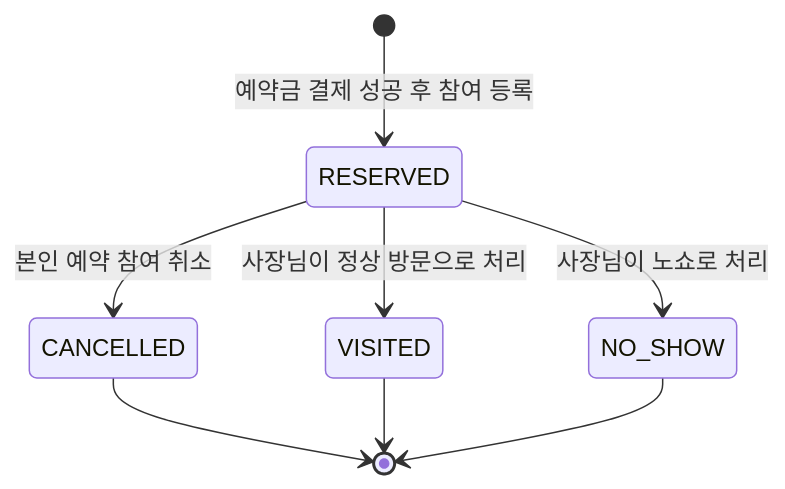
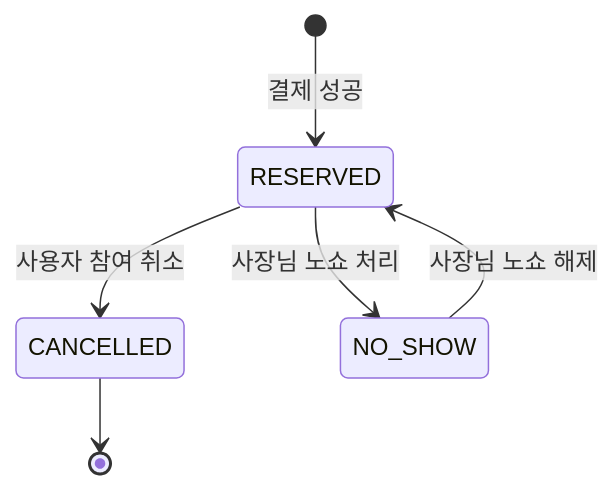
One commit to bobfull-project/bobfull-backend changed the seventh of 7 diagrams in docs/bobfull_full_flowchart_mermaid.md. Above: the diagram before and after it, drawn with Mermaid. The commit also changed other lines of this file, not shown here.

Commit message:
docs: 최신 예약 정책으로 전체 플로우차트 갱신

````diff
--- a/docs/bobfull_full_flowchart_mermaid.md
+++ b/docs/bobfull_full_flowchart_mermaid.md
@@ -282,11 +192,8 @@
 ```mermaid
 stateDiagram-v2
-    [*] --> RESERVED: 예약금 결제 성공 후 참여 등록
-    RESERVED --> CANCELLED: 본인 예약 참여 취소
-    RESERVED --> VISITED: 사장님이 정상 방문으로 처리
-    RESERVED --> NO_SHOW: 사장님이 노쇼로 처리
-
+    [*] --> RESERVED: 결제 성공
+    RESERVED --> CANCELLED: 사용자 참여 취소
+    RESERVED --> NO_SHOW: 사장님 노쇼 처리
+    NO_SHOW --> RESERVED: 사장님 노쇼 해제
     CANCELLED --> [*]
-    VISITED --> [*]
-    NO_SHOW --> [*]
 ```
````
